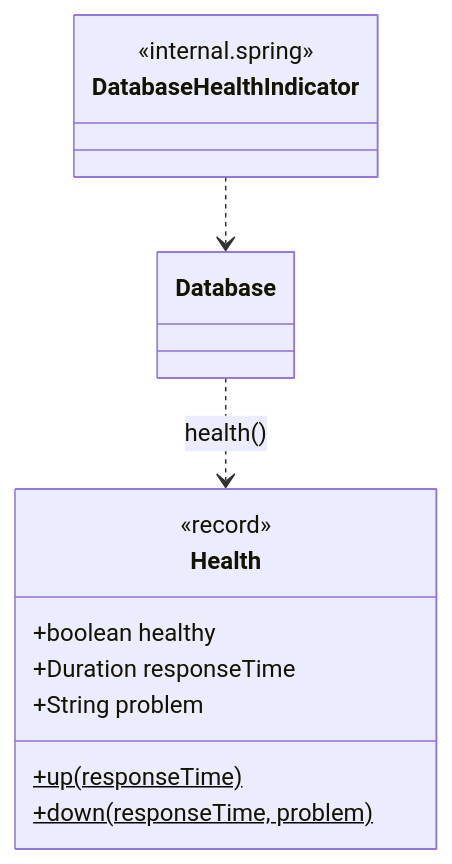
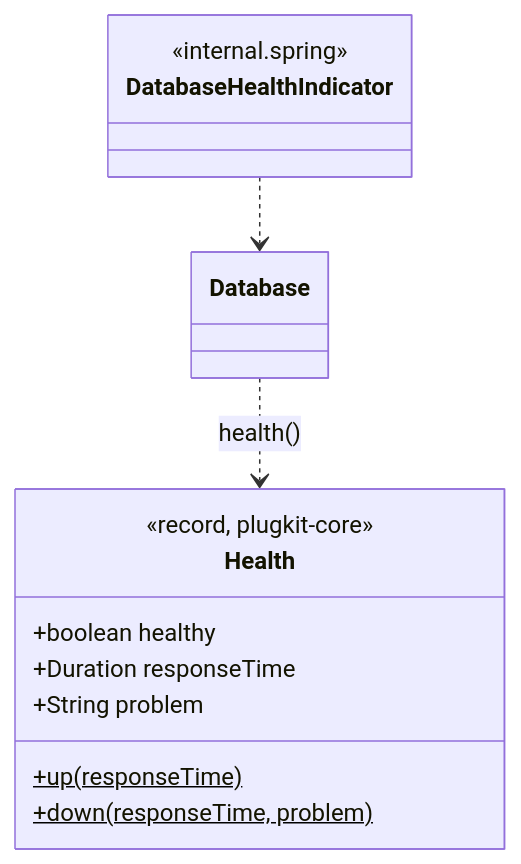
One commit to varnit-ta/plugkit-util changed the fourth of 6 diagrams in plugkit-db/docs/adr/0005-integrations.md. Above: the diagram before and after it, drawn with Mermaid. The commit also changed other lines of this file and 76 other files, not shown here.

First line of the commit message:
refactor: extract plugkit-core and tidy naming and structure

````diff
--- a/plugkit-db/docs/adr/0005-integrations.md
+++ b/plugkit-db/docs/adr/0005-integrations.md
@@ -244,16 +244,16 @@
 ```mermaid
 classDiagram
     class Health {
-        <<record>>
+        <<record, plugkit-core>>
         +boolean healthy
         +Duration responseTime
         +String problem
         +up(responseTime)$
         +down(responseTime, problem)$
     }
     class DatabaseHealthIndicator {
         <<internal.spring>>
     }
     Database ..> Health : health()
     DatabaseHealthIndicator ..> Database
 ```
````
